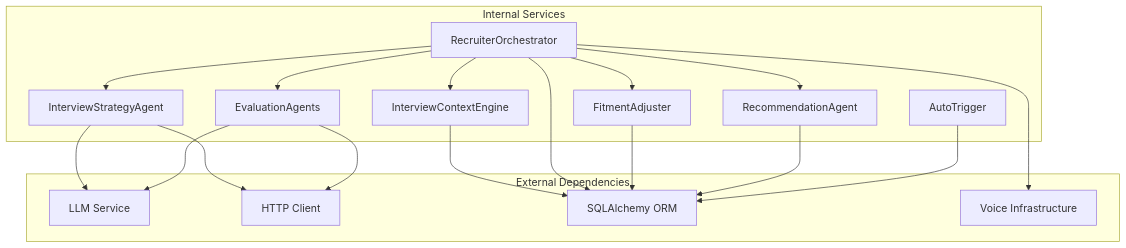
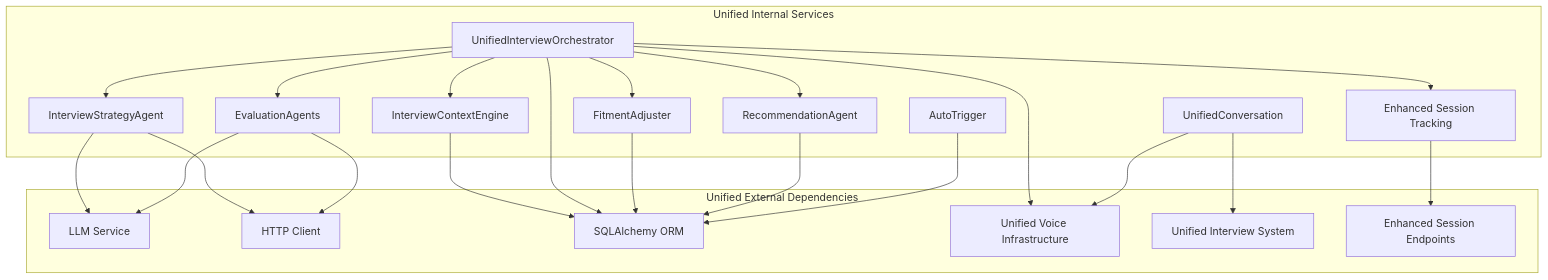
Before and after one commit to Revanththetalogics/aireume: the fifth of 5 diagrams in .qoder/repowiki/en/content/API Reference/Voice Screening System/AI Recruiter Module.md, drawn with Mermaid. The commit also changed other lines of this file and 32 other files, not shown here.

````diff
--- a/.qoder/repowiki/en/content/API Reference/Voice Screening System/AI Recruiter Module.md
+++ b/.qoder/repowiki/en/content/API Reference/Voice Screening System/AI Recruiter Module.md
@@ -280,33 +302,41 @@
 ```mermaid
 graph TB
-subgraph "External Dependencies"
+subgraph "Unified External Dependencies"
 LLM[LLM Service]
 HTTP[HTTP Client]
 DB[SQLAlchemy ORM]
-VOICE[Voice Infrastructure]
+VOICE[Unified Voice Infrastructure]
+UNIFIED[Unified Interview System]
+ENDPOINT[Enhanced Session Endpoints]
 end
-subgraph "Internal Services"
-ORCH[RecruiterOrchestrator]
+subgraph "Unified Internal Services"
+ORCH[UnifiedInterviewOrchestrator]
 CTX[InterviewContextEngine]
 STRAT[InterviewStrategyAgent]
 EVAL[EvaluationAgents]
 FIT[FitmentAdjuster]
 REC[RecommendationAgent]
 AUTO[AutoTrigger]
+UNICONV[UnifiedConversation]
+ENHANCED[Enhanced Session Tracking]
 end
 ORCH --> CTX
 ORCH --> STRAT
 ORCH --> EVAL
 ORCH --> FIT
 ORCH --> REC
 ORCH --> VOICE
+ORCH --> ENHANCED
 STRAT --> LLM
 STRAT --> HTTP
 EVAL --> LLM
 EVAL --> HTTP
 CTX --> DB
 ORCH --> DB
 FIT --> DB
 REC --> DB
 AUTO --> DB
+UNICONV --> VOICE
+UNICONV --> UNIFIED
+ENHANCED --> ENDPOINT
 ```
````
